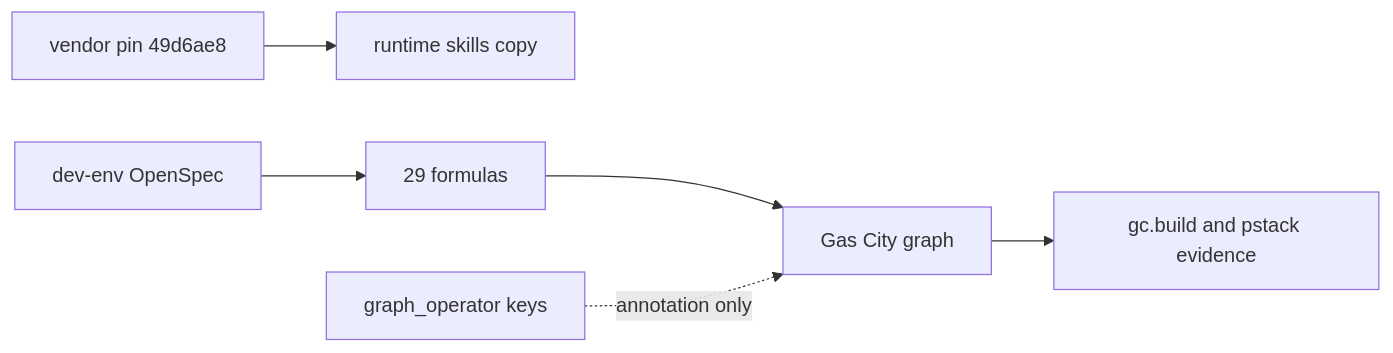
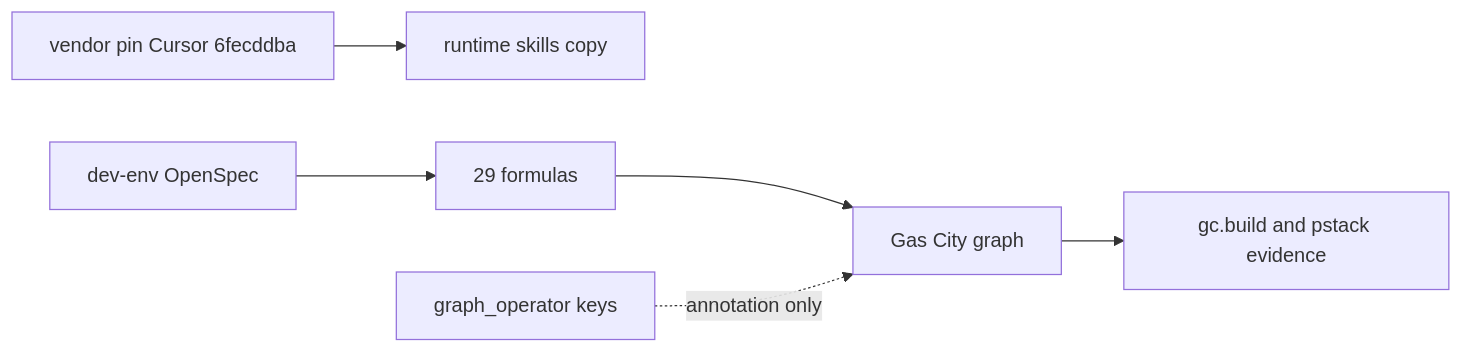
The first of 2 diagrams in pstack/intent/changes/audit-pstack-gascity-pack-contracts/design.md (tommy-ca/gascity-packs), drawn with Mermaid before and after one commit. The commit also changed other lines of this file and 144 other files, not shown here.

First line of the commit message:
feat(pstack): vendor Cursor plugins pstack as canonical source

````diff
--- a/pstack/intent/changes/audit-pstack-gascity-pack-contracts/design.md
+++ b/pstack/intent/changes/audit-pstack-gascity-pack-contracts/design.md
@@ -9,8 +10,8 @@
 ```mermaid
 flowchart LR
-  Pin[vendor pin 49d6ae8] --> Skills[runtime skills copy]
+  Pin[vendor pin Cursor 6fecddba] --> Skills[runtime skills copy]
   Formulas[29 formulas] --> GC[Gas City graph]
   GC --> Artifacts[gc.build and pstack evidence]
   Specs[dev-env OpenSpec] --> Formulas
   Meta[graph_operator keys] -. annotation only .-> GC
 ```
````
